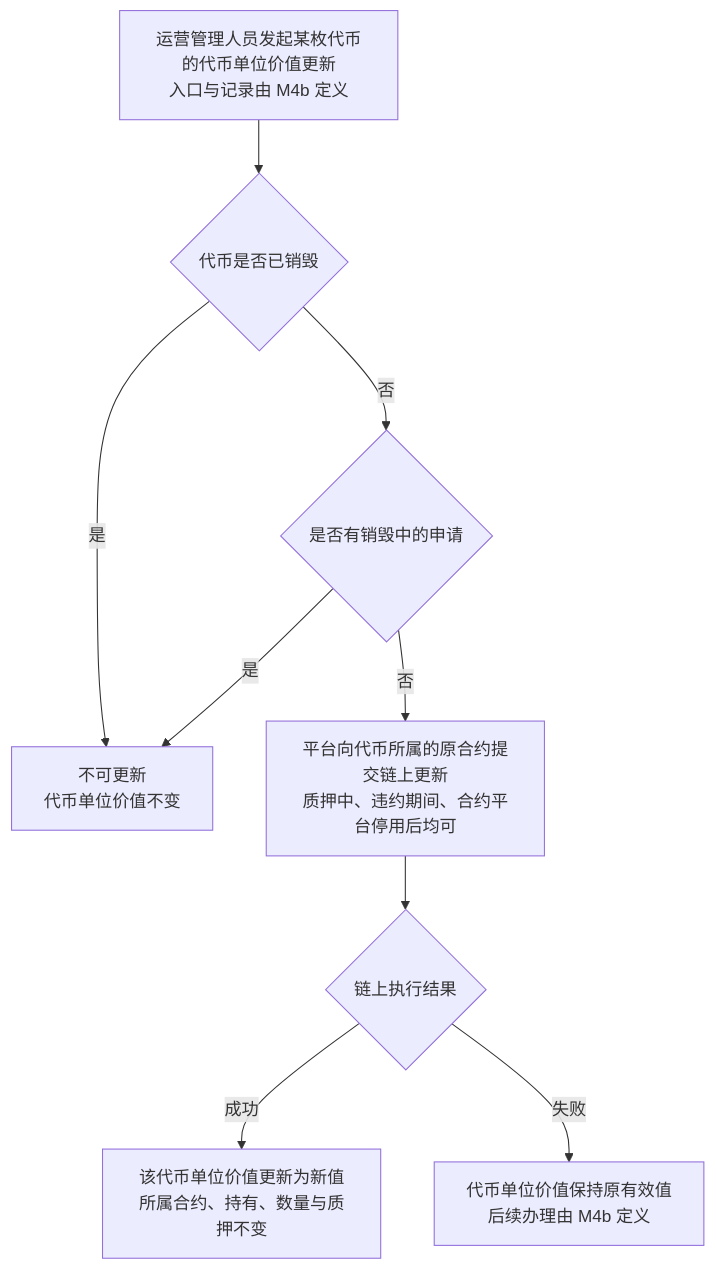
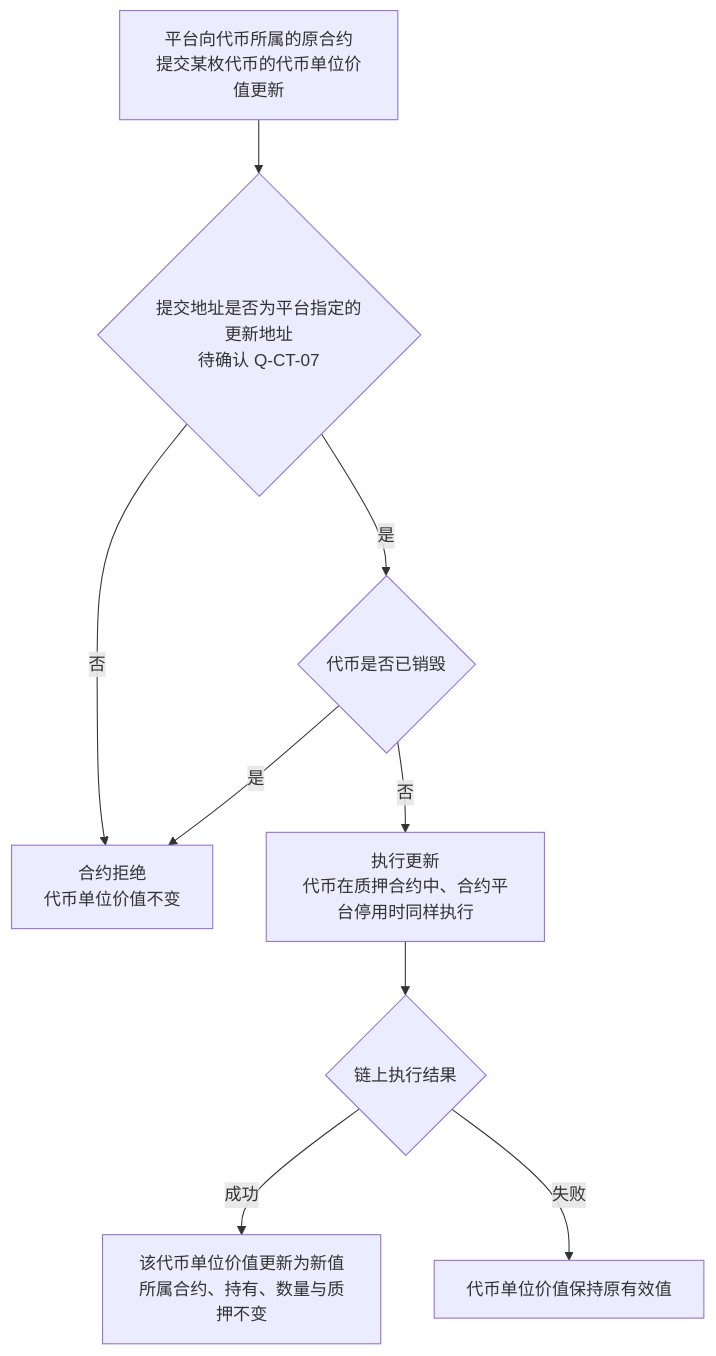
The sixth of 7 diagrams in token-issuance-platform/PRD/管理端/M6-合约管理/02-合约管理-流程图与状态机.md (wxblockchain/Chain-Financing), drawn with Mermaid before and after one commit. The commit also changed other lines of this file and 3 other files, not shown here.

````diff
--- a/token-issuance-platform/PRD/管理端/M6-合约管理/02-合约管理-流程图与状态机.md
+++ b/token-issuance-platform/PRD/管理端/M6-合约管理/02-合约管理-流程图与状态机.md
@@ -119,11 +119,11 @@
 ```mermaid
 flowchart TD
-    A[运营管理人员发起某枚代币的代币单位价值更新<br/>入口与记录由 M4b 定义] --> B{代币是否已销毁}
-    B -->|是| X[不可更新<br/>代币单位价值不变]
-    B -->|否| C{是否有销毁中的申请}
+    A[平台向代币所属的原合约<br/>提交某枚代币的代币单位价值更新] --> B{提交地址是否为平台指定的更新地址<br/>待确认 Q-CT-07}
+    B -->|否| X[合约拒绝<br/>代币单位价值不变]
+    B -->|是| C{代币是否已销毁}
     C -->|是| X
-    C -->|否| D[平台向代币所属的原合约提交链上更新<br/>质押中、违约期间、合约平台停用后均可]
+    C -->|否| D[执行更新<br/>代币在质押合约中、合约平台停用时同样执行]
     D --> E{链上执行结果}
     E -->|成功| F[该代币单位价值更新为新值<br/>所属合约、持有、数量与质押不变]
-    E -->|失败| G[代币单位价值保持原有效值<br/>后续办理由 M4b 定义]
+    E -->|失败| G[代币单位价值保持原有效值]
 ```
````
